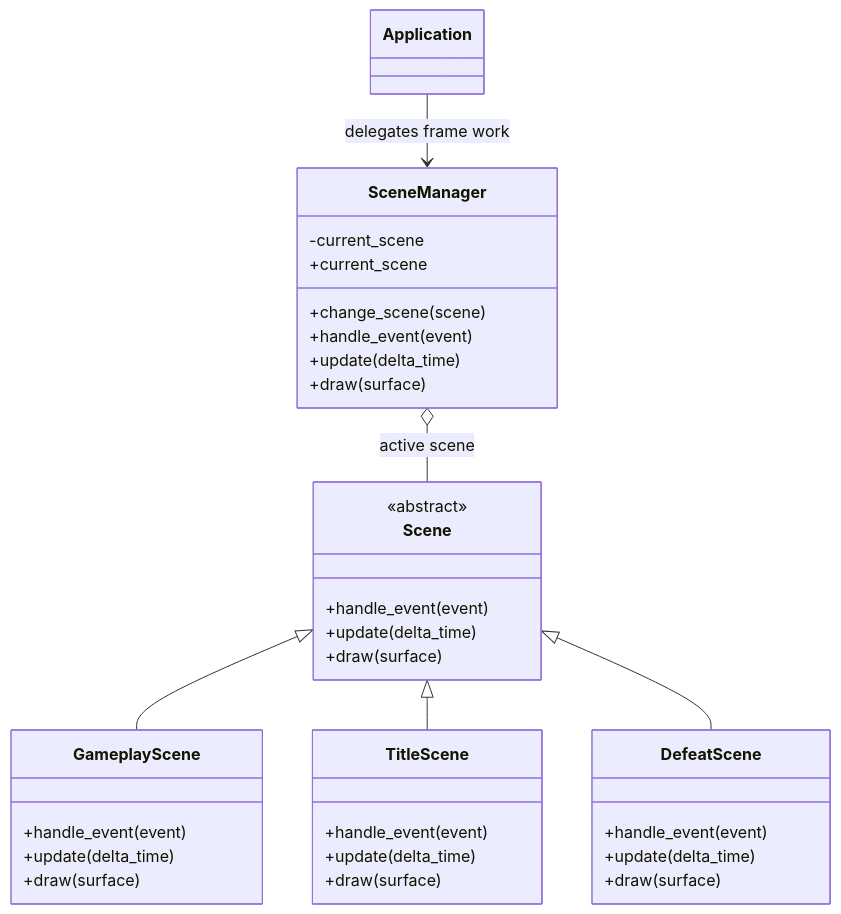
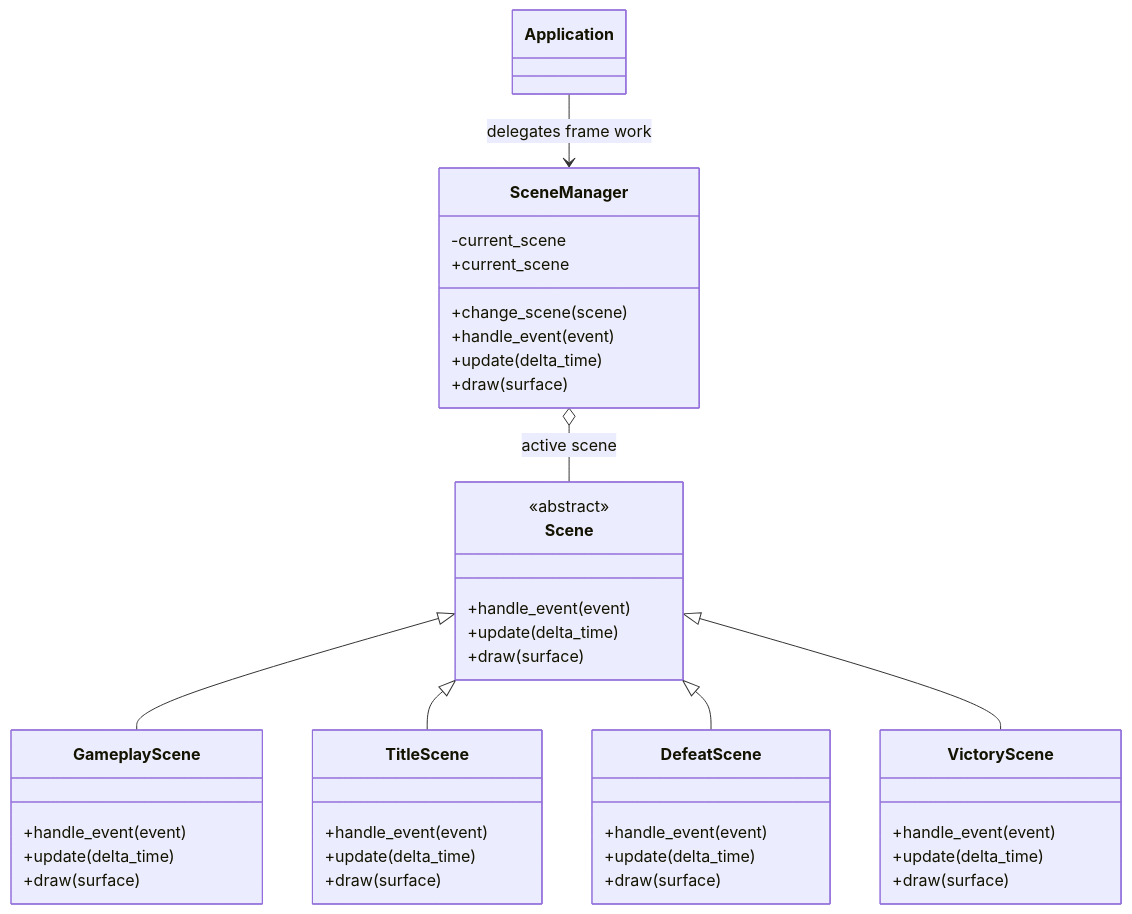
The diagram in docs/architecture/scenes.md (VincentMardon/my_first_adventure_game), drawn with Mermaid before and after one commit. The commit also changed other lines of this file and 9 other files, not shown here.

Commit message:
feat(game): add victory condition and result scene

````diff
--- a/docs/architecture/scenes.md
+++ b/docs/architecture/scenes.md
@@ -76,42 +76,49 @@
 ```mermaid
 classDiagram
     class Scene {
         <<abstract>>
         +handle_event(event)
         +update(delta_time)
         +draw(surface)
     }
 
     class SceneManager {
         -current_scene
         +current_scene
         +change_scene(scene)
         +handle_event(event)
         +update(delta_time)
         +draw(surface)
     }
 
     class GameplayScene {
         +handle_event(event)
         +update(delta_time)
         +draw(surface)
     }
 
     class TitleScene {
         +handle_event(event)
         +update(delta_time)
         +draw(surface)
     }
 
     class DefeatScene {
         +handle_event(event)
         +update(delta_time)
         +draw(surface)
     }
 
+    class VictoryScene {
+        +handle_event(event)
+        +update(delta_time)
+        +draw(surface)
+    }
+
     SceneManager o-- Scene : active scene
     Scene <|-- GameplayScene
     Scene <|-- TitleScene
     Scene <|-- DefeatScene
+    Scene <|-- VictoryScene
     Application --> SceneManager : delegates frame work
 ```
````
